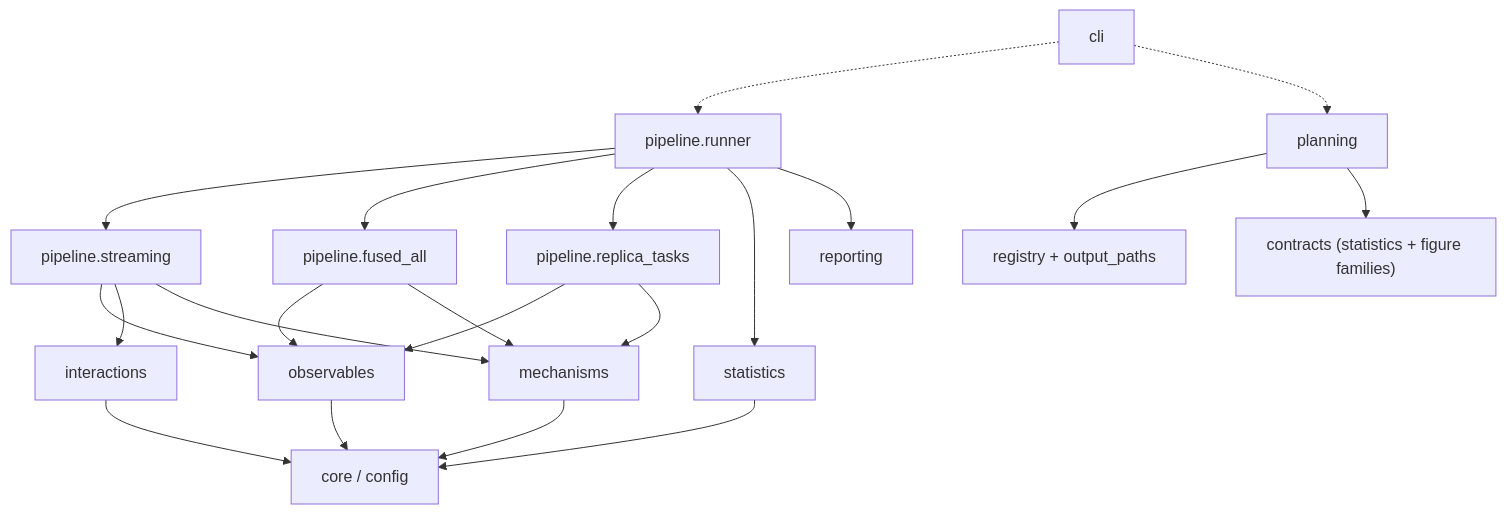
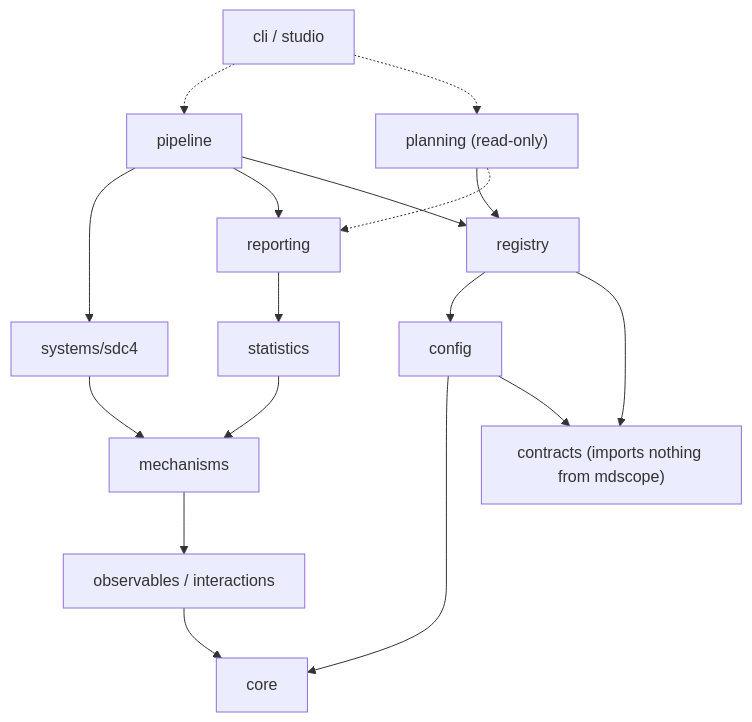
The third of 3 diagrams in docs/developer/pipeline-graphs.md (MarionQL/MDscope), drawn with Mermaid before and after one commit. The commit also changed other lines of this file and 14 other files, not shown here.

First line of the commit message:
docs(developer): describe the finished architecture; remove superseded docs

````diff
--- a/docs/developer/pipeline-graphs.md
+++ b/docs/developer/pipeline-graphs.md
@@ -150,23 +115,19 @@
 ```mermaid
 flowchart TD
-    CLI["cli"] -.-> RUN["pipeline.runner"]
-    CLI -.-> PLAN["planning"]
-    PLAN --> REG["registry + output_paths"]
-    PLAN --> FAM["contracts (statistics + figure families)"]
-    RUN --> STREAM["pipeline.streaming"]
-    RUN --> FONLY["pipeline.fused_all"]
-    RUN --> TASK["pipeline.replica_tasks"]
-    STREAM --> OBS["observables"]
-    STREAM --> INT["interactions"]
-    STREAM --> MECH["mechanisms"]
-    FONLY --> OBS
-    FONLY --> MECH
-    TASK --> OBS
-    TASK --> MECH
-    OBS --> CORE["core / config"]
-    MECH --> CORE
-    INT --> CORE
-    RUN --> STATS["statistics"]
-    STATS --> CORE
+    CLI["cli / studio"] -.-> RUN["pipeline"]
+    CLI -.-> PLAN["planning (read-only)"]
+    RUN --> SYS["systems/sdc4"]
     RUN --> REPORT["reporting"]
+    RUN --> REG["registry"]
+    PLAN --> REG
+    PLAN -.-> REPORT
+    REPORT --> STATS["statistics"]
+    STATS --> MECH["mechanisms"]
+    SYS --> MECH
+    MECH --> OBS["observables / interactions"]
+    OBS --> CORE["core"]
+    REG --> CONF["config"]
+    CONF --> CORE
+    CONF --> CON["contracts (imports nothing from mdscope)"]
+    REG --> CON
 ```
````
